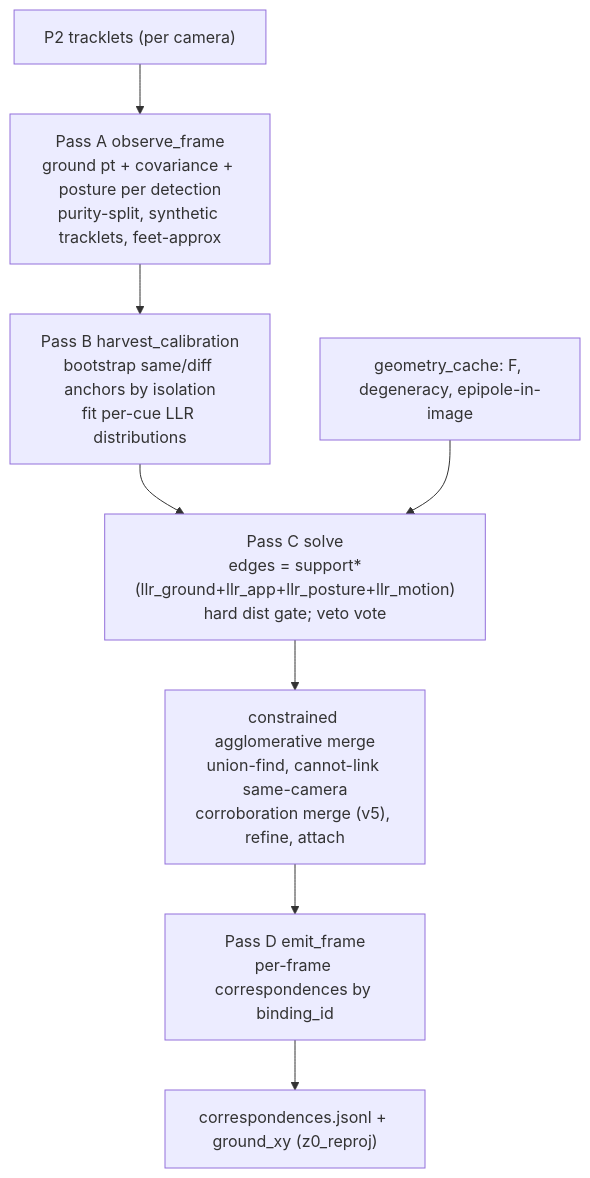
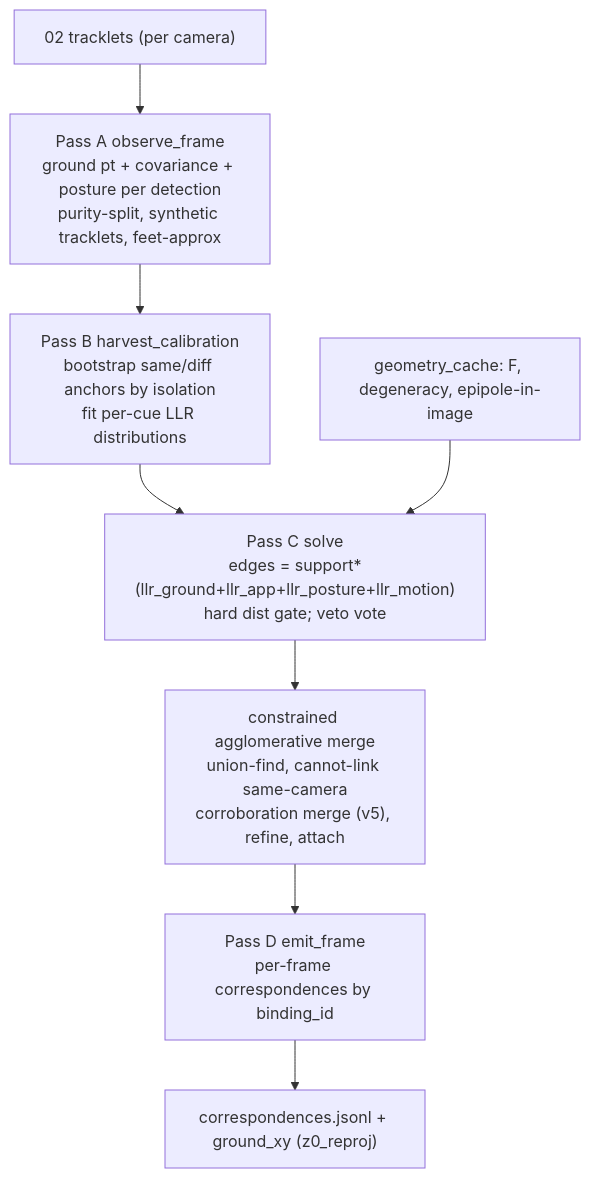
One commit to aksh-0407/pose-estimation-benchmark changed the diagram in docs/pipeline/03-association.md. Above: the diagram before and after it, drawn with Mermaid. The commit also changed other lines of this file and 9 other files, not shown here.

````diff
--- a/docs/pipeline/03-association.md
+++ b/docs/pipeline/03-association.md
@@ -30,10 +30,10 @@
 ```mermaid
 flowchart TD
-  P2["P2 tracklets (per camera)"] --> A["Pass A observe_frame<br/>ground pt + covariance + posture per detection<br/>purity-split, synthetic tracklets, feet-approx"]
+  02["02 tracklets (per camera)"] --> A["Pass A observe_frame<br/>ground pt + covariance + posture per detection<br/>purity-split, synthetic tracklets, feet-approx"]
   A --> B["Pass B harvest_calibration<br/>bootstrap same/diff anchors by isolation<br/>fit per-cue LLR distributions"]
   B --> C["Pass C solve<br/>edges = support*(llr_ground+llr_app+llr_posture+llr_motion)<br/>hard dist gate; veto vote"]
   C --> M["constrained agglomerative merge<br/>union-find, cannot-link same-camera<br/>corroboration merge (v5), refine, attach"]
   M --> D["Pass D emit_frame<br/>per-frame correspondences by binding_id"]
   GC["geometry_cache: F, degeneracy, epipole-in-image"] --> C
   D --> OUT["correspondences.jsonl + ground_xy (z0_reproj)"]
 ```
````
